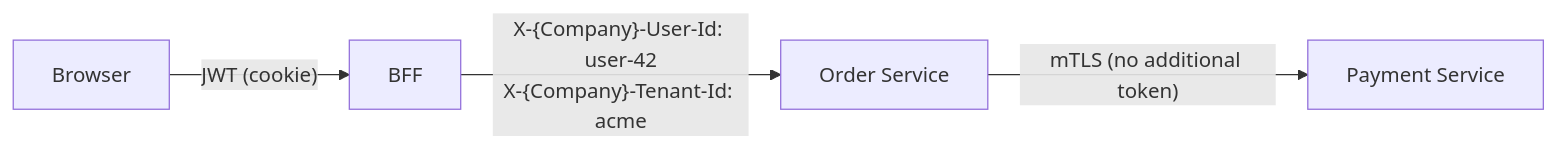
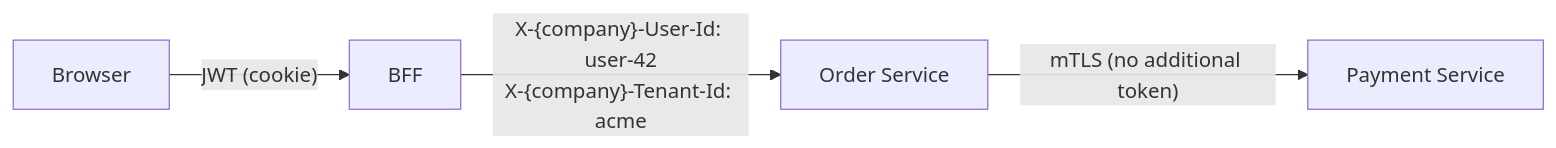
The third of 4 diagrams in 03-engineering-practices/09-backend-framework-standards.md (rishikeshdhokare/platform-manifesto), drawn with Mermaid before and after one commit. The commit also changed other lines of this file and 3 other files, not shown here.

````diff
--- a/03-engineering-practices/09-backend-framework-standards.md
+++ b/03-engineering-practices/09-backend-framework-standards.md
@@ -351,6 +351,6 @@
 ```mermaid
 flowchart LR
     A["Browser"] -->|"JWT (cookie)"| B["BFF"]
-    B -->|"X-{Company}-User-Id: user-42<br/>X-{Company}-Tenant-Id: acme"| C["Order Service"]
+    B -->|"X-{company}-User-Id: user-42<br/>X-{company}-Tenant-Id: acme"| C["Order Service"]
     C -->|"mTLS (no additional token)"| D["Payment Service"]
 ```
````
